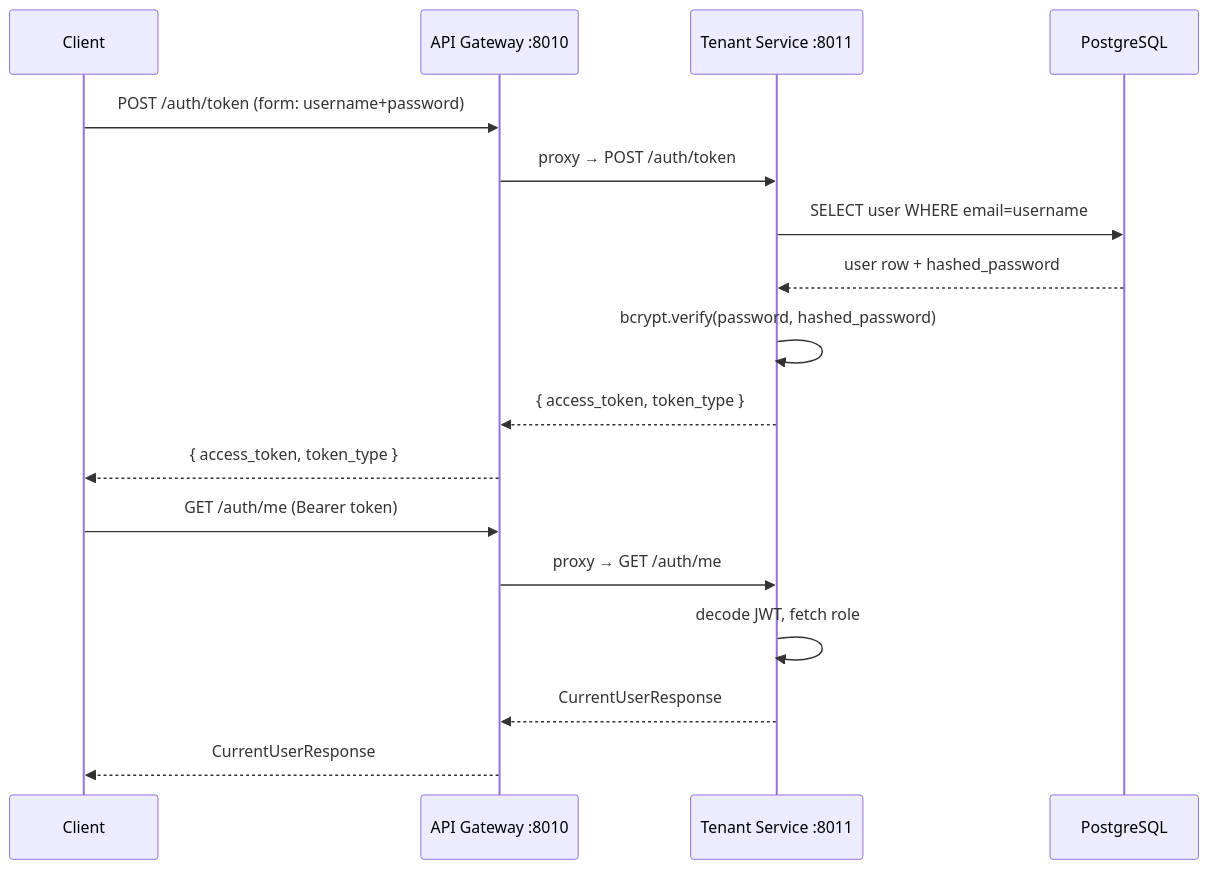
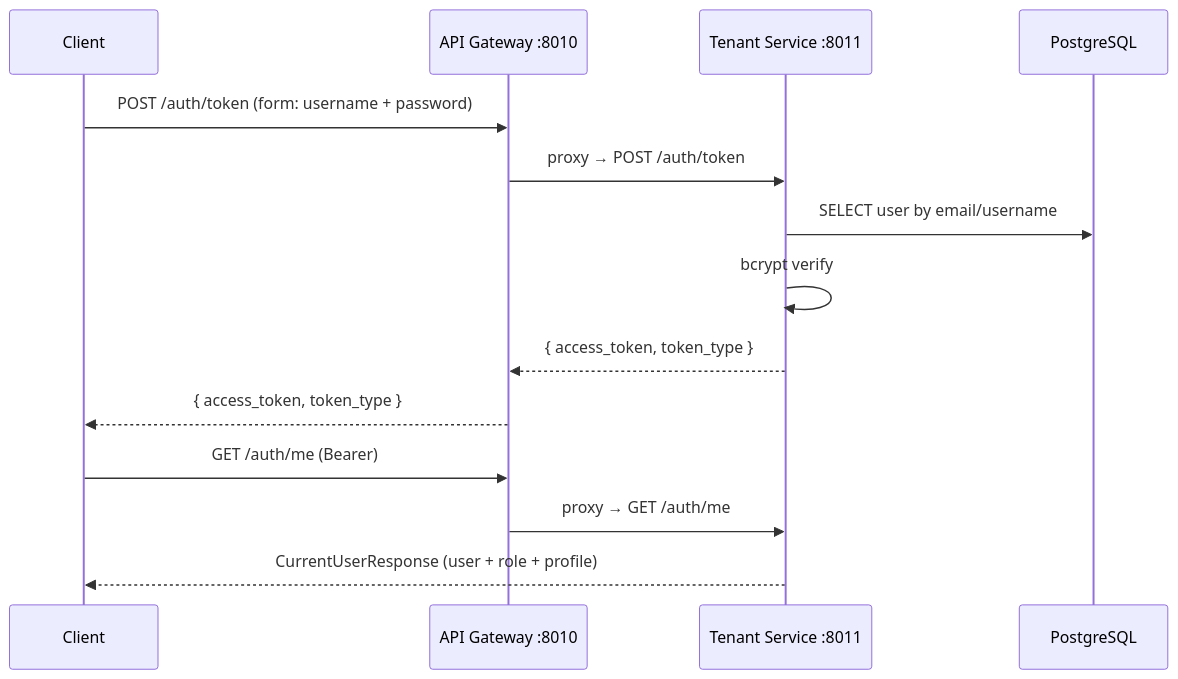
The second of 2 diagrams in docs/docs/architecture.md (Nouman64-cat/insurance-ai), drawn with Mermaid before and after one commit. The commit also changed other lines of this file and 13 other files, not shown here.

````diff
--- a/docs/docs/architecture.md
+++ b/docs/docs/architecture.md
@@ -74,21 +116,18 @@
 ```mermaid
 sequenceDiagram
     participant C as Client
     participant GW as API Gateway :8010
     participant TS as Tenant Service :8011
     participant PG as PostgreSQL
 
-    C->>GW: POST /auth/token (form: username+password)
+    C->>GW: POST /auth/token (form: username + password)
     GW->>TS: proxy → POST /auth/token
-    TS->>PG: SELECT user WHERE email=username
-    PG-->>TS: user row + hashed_password
-    TS->>TS: bcrypt.verify(password, hashed_password)
+    TS->>PG: SELECT user by email/username
+    TS->>TS: bcrypt verify
     TS-->>GW: { access_token, token_type }
     GW-->>C: { access_token, token_type }
 
-    C->>GW: GET /auth/me (Bearer token)
+    C->>GW: GET /auth/me (Bearer)
     GW->>TS: proxy → GET /auth/me
-    TS->>TS: decode JWT, fetch role
-    TS-->>GW: CurrentUserResponse
-    GW-->>C: CurrentUserResponse
+    TS-->>C: CurrentUserResponse (user + role + profile)
 ```
````
